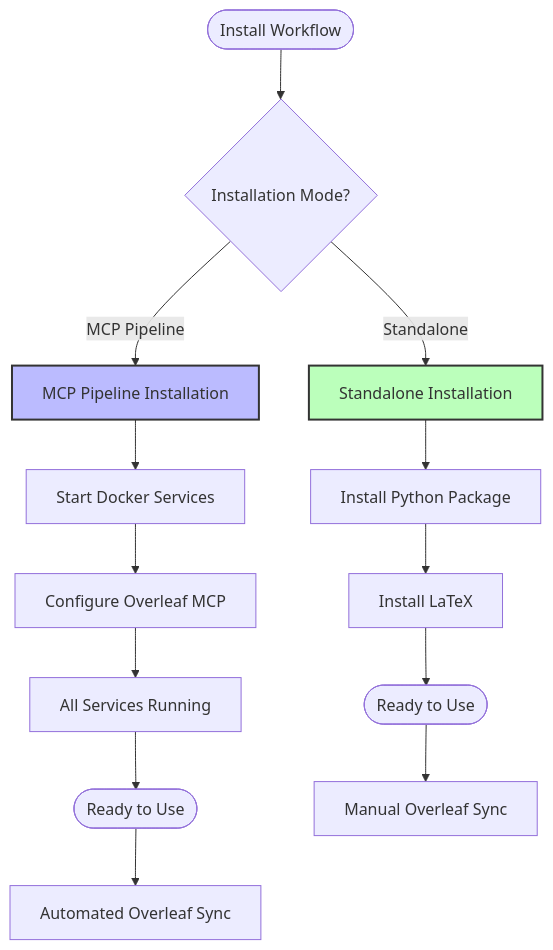
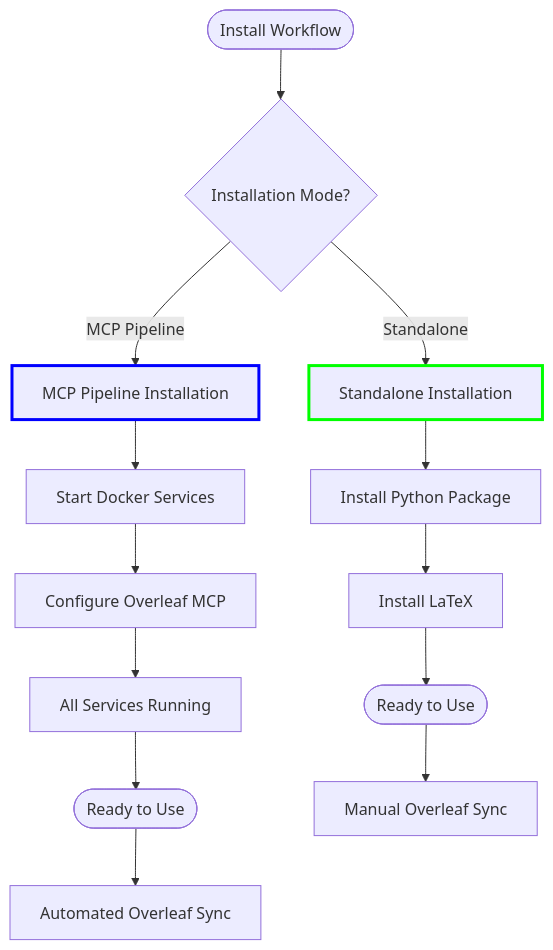
One commit to Ziforge/jupyter-overleaf-workflow changed the tenth of 10 diagrams in docs/DIAGRAMS.md. Above: the diagram before and after it, drawn with Mermaid. The commit also changed other lines of this file and 1 other file, not shown here.

First line of the commit message:
Update Mermaid diagrams to use colored borders only

````diff
--- a/docs/DIAGRAMS.md
+++ b/docs/DIAGRAMS.md
@@ -326,22 +326,22 @@
 ```mermaid
 graph TD
     Start([Install Workflow]) --> Mode{Installation Mode?}
 
     Mode --> |Standalone| Standalone[Standalone Installation]
     Mode --> |MCP Pipeline| MCP[MCP Pipeline Installation]
 
     Standalone --> Python[Install Python Package]
     Python --> LaTeX[Install LaTeX]
     LaTeX --> Done1([Ready to Use])
 
     MCP --> Docker[Start Docker Services]
     Docker --> OverleafMCP[Configure Overleaf MCP]
     OverleafMCP --> Services[All Services Running]
     Services --> Done2([Ready to Use])
 
     Done1 --> Manual[Manual Overleaf Sync]
     Done2 --> Auto[Automated Overleaf Sync]
 
-    style Standalone fill:#bfb,stroke:#333,stroke-width:2px
-    style MCP fill:#bbf,stroke:#333,stroke-width:2px
+    style Standalone stroke:#0f0,stroke-width:3px
+    style MCP stroke:#00f,stroke-width:3px
 ```
````
